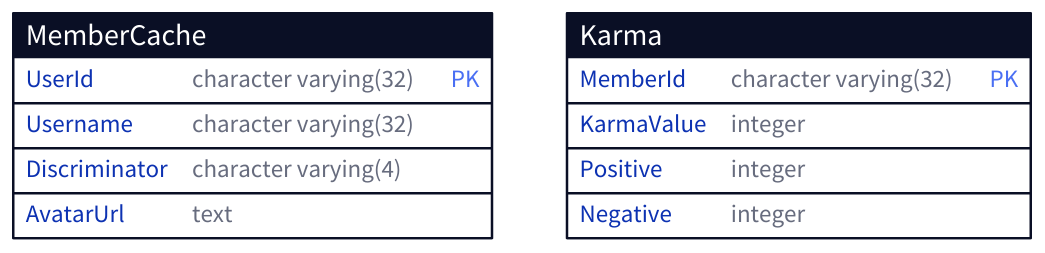
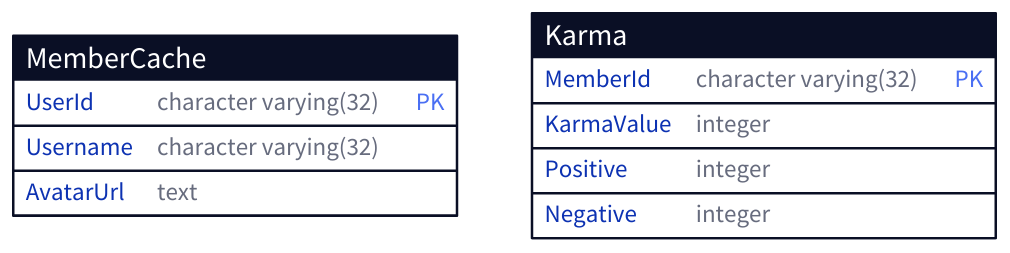
The diagram in data/rubbergod_db.d2 (GrillBot/grillbot-docs), drawn with D2 before and after one commit. The commit also changed 1 other file, not shown here.

```diff
--- a/data/rubbergod_db.d2
+++ b/data/rubbergod_db.d2
@@ -1,17 +1,16 @@
 MemberCache: {
   shape: sql_table
 
   UserId: character varying(32) {constraint: primary_key}
   Username: character varying(32)
-  Discriminator: character varying(4)
   AvatarUrl: text
 }
 
 Karma: {
   shape: sql_table
 
   MemberId: character varying(32) {constraint: primary_key}
   KarmaValue: integer
   Positive: integer
   Negative: integer
 }
```
